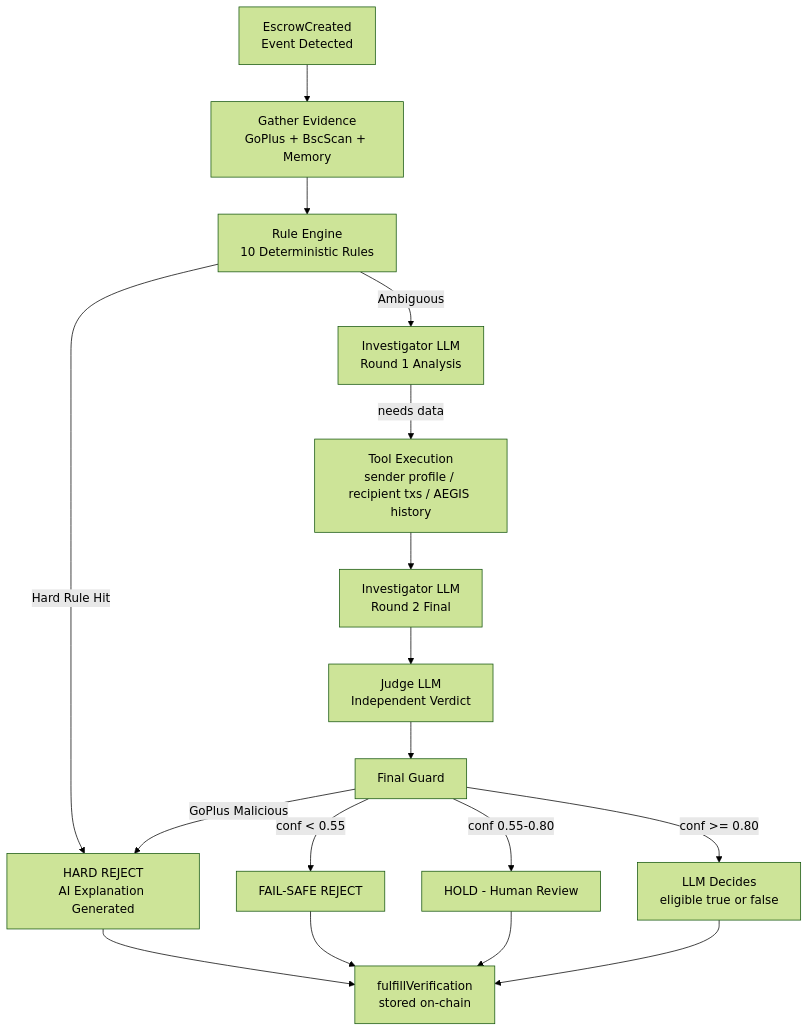
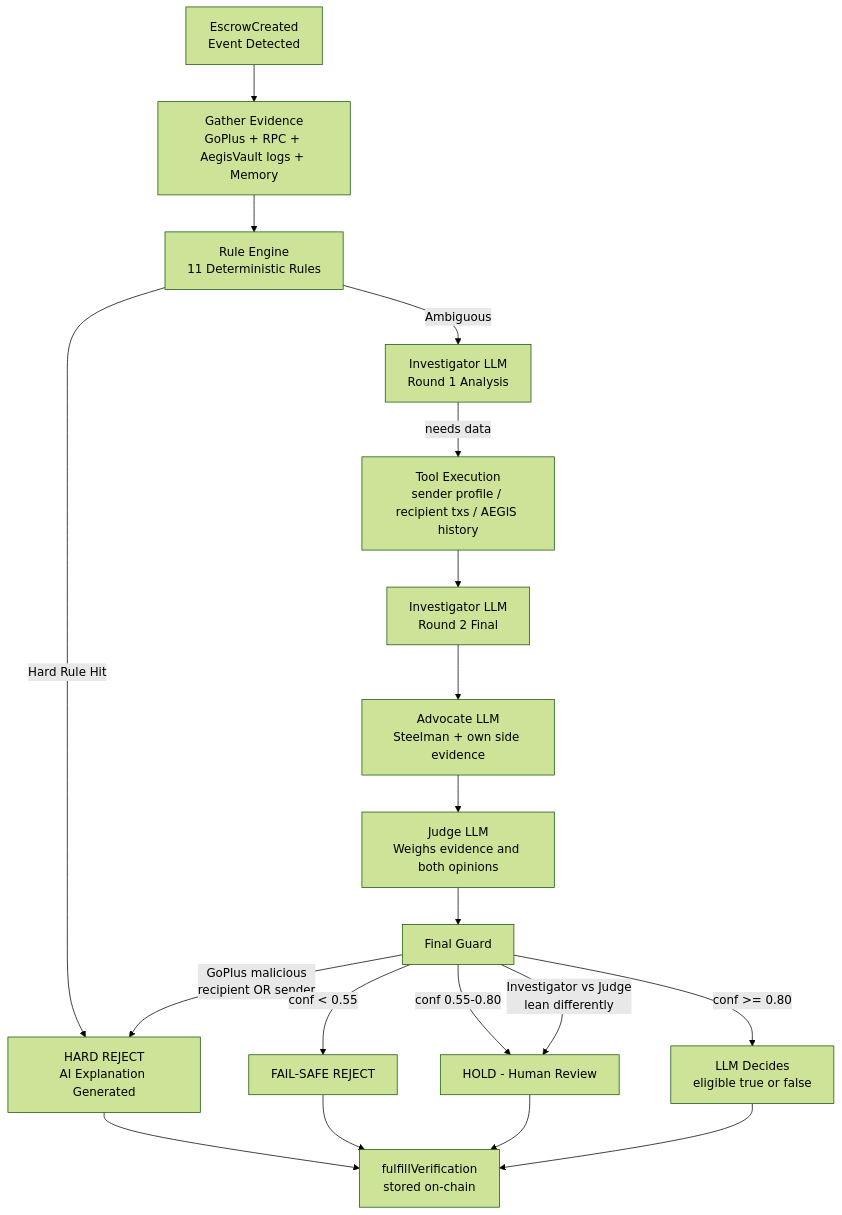
The second of 3 diagrams in README.md (hzBoydev/AEGIS), drawn with Mermaid (forest theme) before and after one commit. The commit also changed other lines of this file and 12 other files, not shown here.

First line of the commit message:
refactor: enhance rule engine logic for improved risk assessment

````diff
--- a/README.md
+++ b/README.md
@@ -312,23 +342,25 @@
 ```mermaid
 flowchart TD
-    A["EscrowCreated<br/>Event Detected"] --> B["Gather Evidence<br/>GoPlus + BscScan + Memory"]
-    B --> C["Rule Engine<br/>10 Deterministic Rules"]
+    A["EscrowCreated<br/>Event Detected"] --> B["Gather Evidence<br/>GoPlus + RPC + AegisVault logs + Memory"]
+    B --> C["Rule Engine<br/>11 Deterministic Rules"]
 
     C -->|Hard Rule Hit| D["HARD REJECT<br/>AI Explanation Generated"]
     C -->|Ambiguous| E["Investigator LLM<br/>Round 1 Analysis"]
 
     E -->|needs data| F["Tool Execution<br/>sender profile / recipient txs / AEGIS history"]
     F --> G["Investigator LLM<br/>Round 2 Final"]
-    G --> H["Judge LLM<br/>Independent Verdict"]
+    G --> H["Advocate LLM<br/>Steelman + own side evidence"]
+    H --> I["Judge LLM<br/>Weighs evidence and both opinions"]
 
-    H --> I["Final Guard"]
-    I -->|GoPlus Malicious| D
-    I -->|conf < 0.55| J["FAIL-SAFE REJECT"]
-    I -->|conf 0.55-0.80| K["HOLD - Human Review"]
-    I -->|conf >= 0.80| L["LLM Decides<br/>eligible true or false"]
+    I --> J["Final Guard"]
+    J -->|GoPlus malicious<br/>recipient OR sender| D
+    J -->|conf < 0.55| K["FAIL-SAFE REJECT"]
+    J -->|conf 0.55-0.80| L["HOLD - Human Review"]
+    J -->|Investigator vs Judge<br/>lean differently| L
+    J -->|conf >= 0.80| M["LLM Decides<br/>eligible true or false"]
 
-    D  --> M["fulfillVerification<br/>stored on-chain"]
-    J  --> M
-    K  --> M
-    L  --> M
+    D  --> N["fulfillVerification<br/>stored on-chain"]
+    K  --> N
+    L  --> N
+    M  --> N
 ```
````
